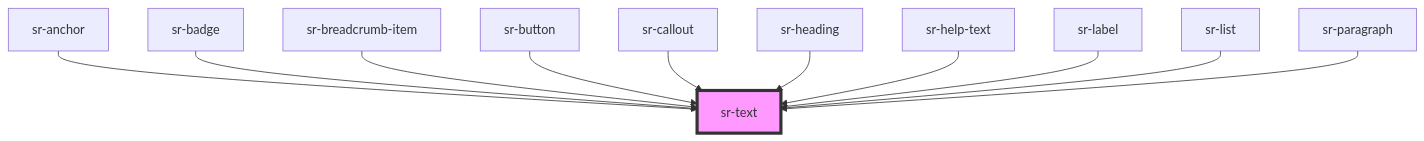
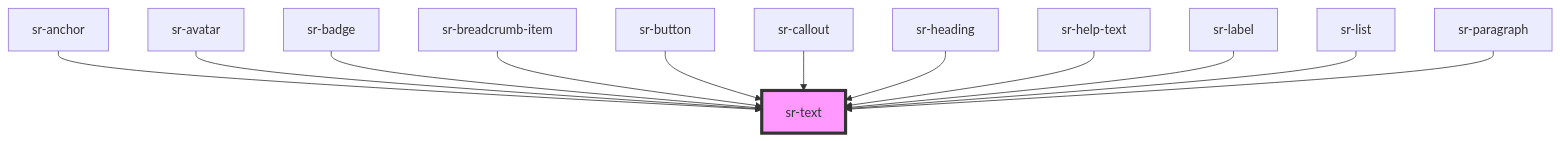
The diagram in src/components/primitives/sr-text/readme.md (tonyblu331/spotify-replay-design-system), drawn with Mermaid before and after one commit. The commit also changed other lines of this file and 11 other files, not shown here.

````diff
--- a/src/components/primitives/sr-text/readme.md
+++ b/src/components/primitives/sr-text/readme.md
@@ -48,14 +49,15 @@
 ```mermaid
 graph TD;
   sr-anchor --> sr-text
+  sr-avatar --> sr-text
   sr-badge --> sr-text
   sr-breadcrumb-item --> sr-text
   sr-button --> sr-text
   sr-callout --> sr-text
   sr-heading --> sr-text
   sr-help-text --> sr-text
   sr-label --> sr-text
   sr-list --> sr-text
   sr-paragraph --> sr-text
   style sr-text fill:#f9f,stroke:#333,stroke-width:4px
 ```
````
